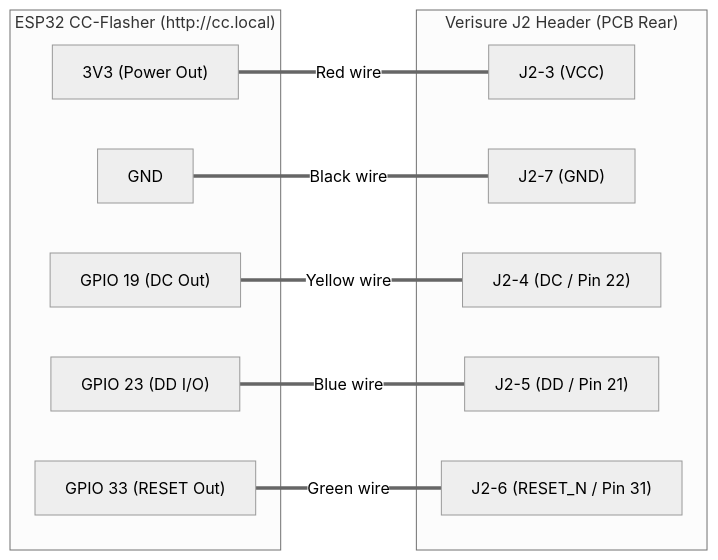
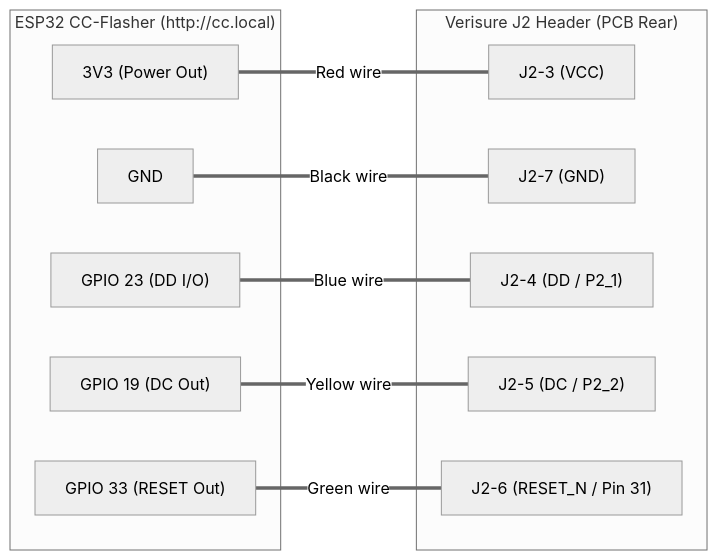
Before and after one commit to BonBear/open-verisure: the diagram in documentation/hardware_cc_flasher.md, drawn with Mermaid (neutral theme). The commit also changed other lines of this file and 3 other files, not shown here.

````diff
--- a/documentation/hardware_cc_flasher.md
+++ b/documentation/hardware_cc_flasher.md
@@ -36,24 +36,24 @@
 ```mermaid
 flowchart LR
     subgraph FLASHER["ESP32 CC-Flasher (http://cc.local)"]
         F3V3["3V3 (Power Out)"]
         FGND["GND"]
         FDC["GPIO 19 (DC Out)"]
         FDD["GPIO 23 (DD I/O)"]
         FRST["GPIO 33 (RESET Out)"]
     end
 
     subgraph J2["Verisure J2 Header (PCB Rear)"]
         J3["J2-3 (VCC)"]
         J7["J2-7 (GND)"]
-        J4["J2-4 (DC / Pin 22)"]
-        J5["J2-5 (DD / Pin 21)"]
+        J4["J2-4 (DD / P2_1)"]
+        J5["J2-5 (DC / P2_2)"]
         J6["J2-6 (RESET_N / Pin 31)"]
     end
 
     F3V3 ===|Red wire| J3
     FGND ===|Black wire| J7
-    FDC ===|Yellow wire| J4
-    FDD ===|Blue wire| J5
+    FDC ===|Yellow wire| J5
+    FDD ===|Blue wire| J4
     FRST ===|Green wire| J6
 ```
````
